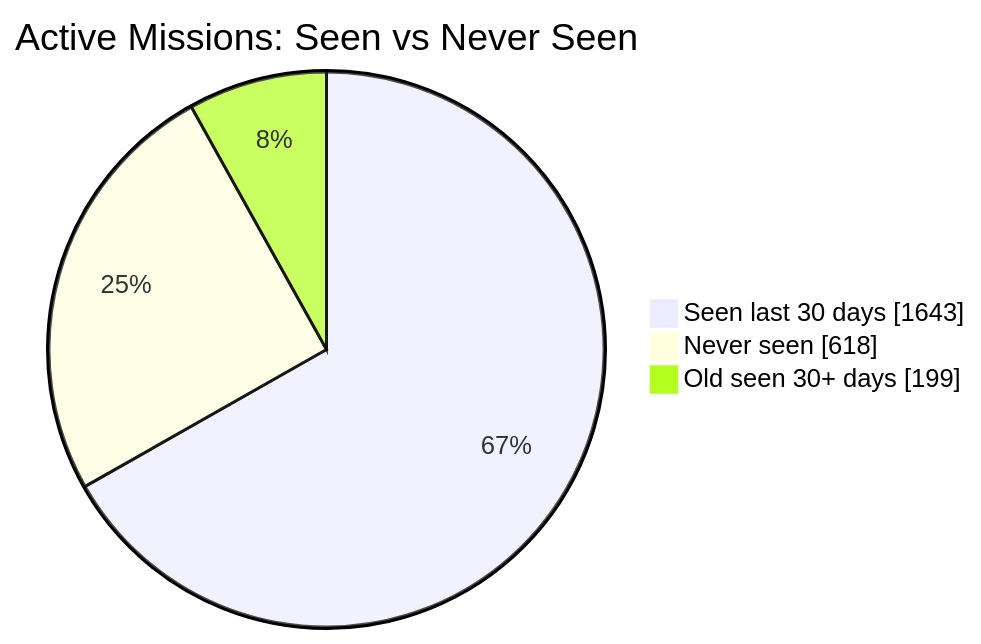
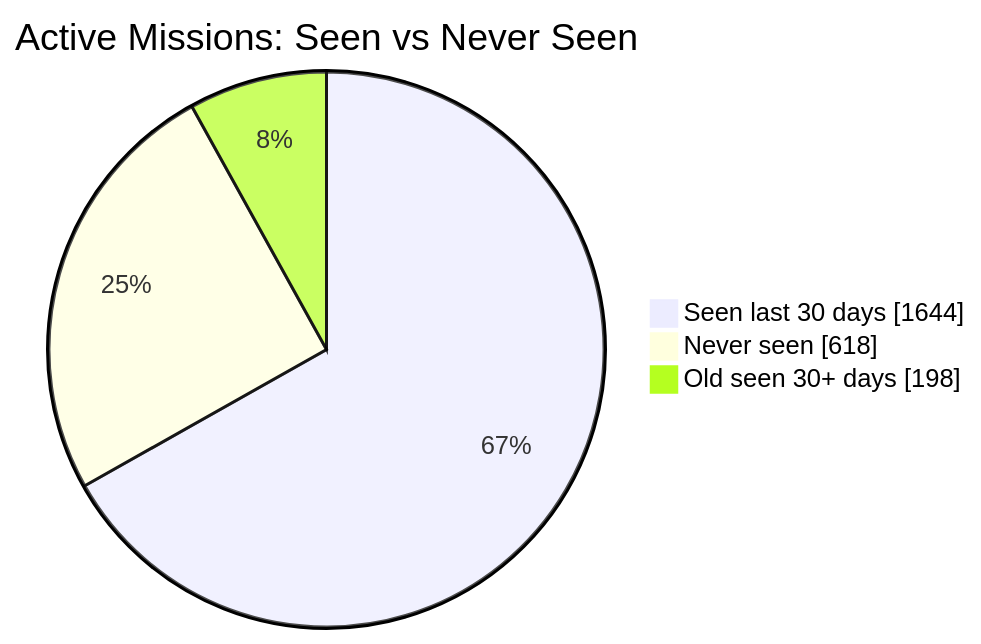
The first of 2 diagrams in README.md (MeldkamerspelGameTeam/active-missions), drawn with Mermaid before and after one commit. The commit also changed other lines of this file and 2 other files, not shown here.

````diff
--- a/README.md
+++ b/README.md
@@ -34,7 +34,7 @@
 ```mermaid
 pie showData
     title Active Missions: Seen vs Never Seen
-    "Seen last 30 days" : 1643
+    "Seen last 30 days" : 1644
     "Never seen" : 618
-    "Old seen 30+ days" : 199
+    "Old seen 30+ days" : 198
 ```
````
